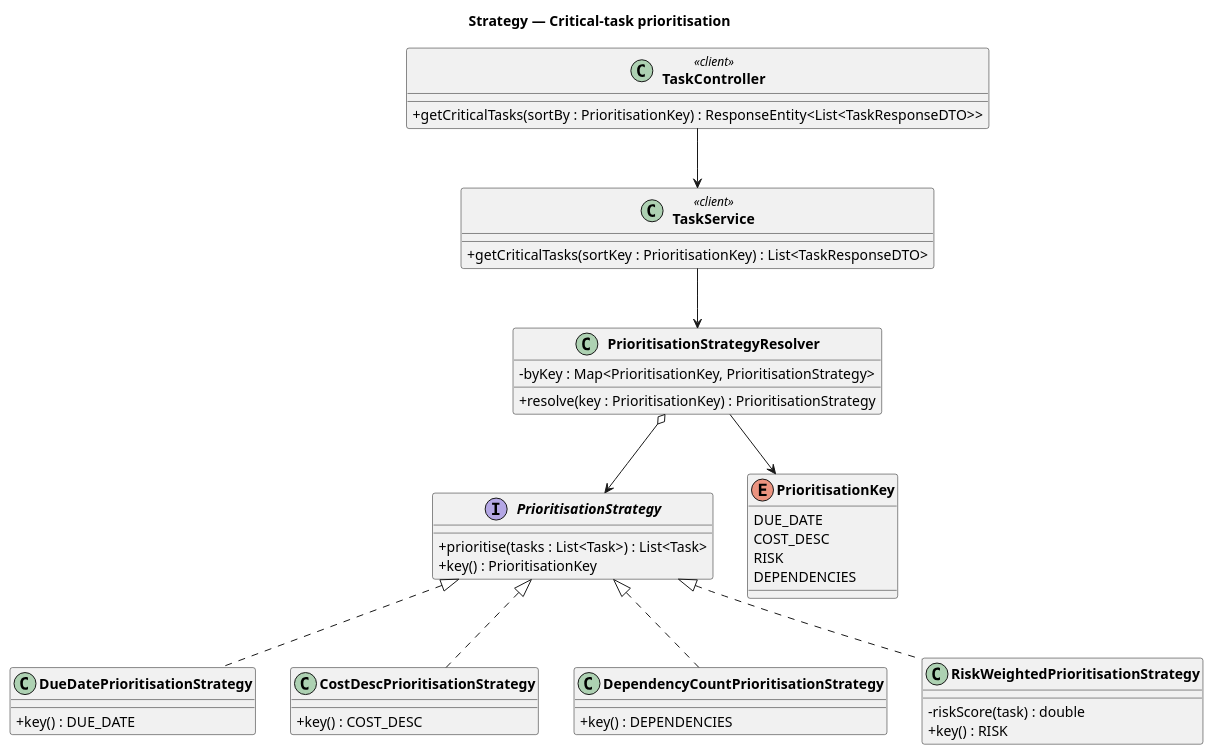
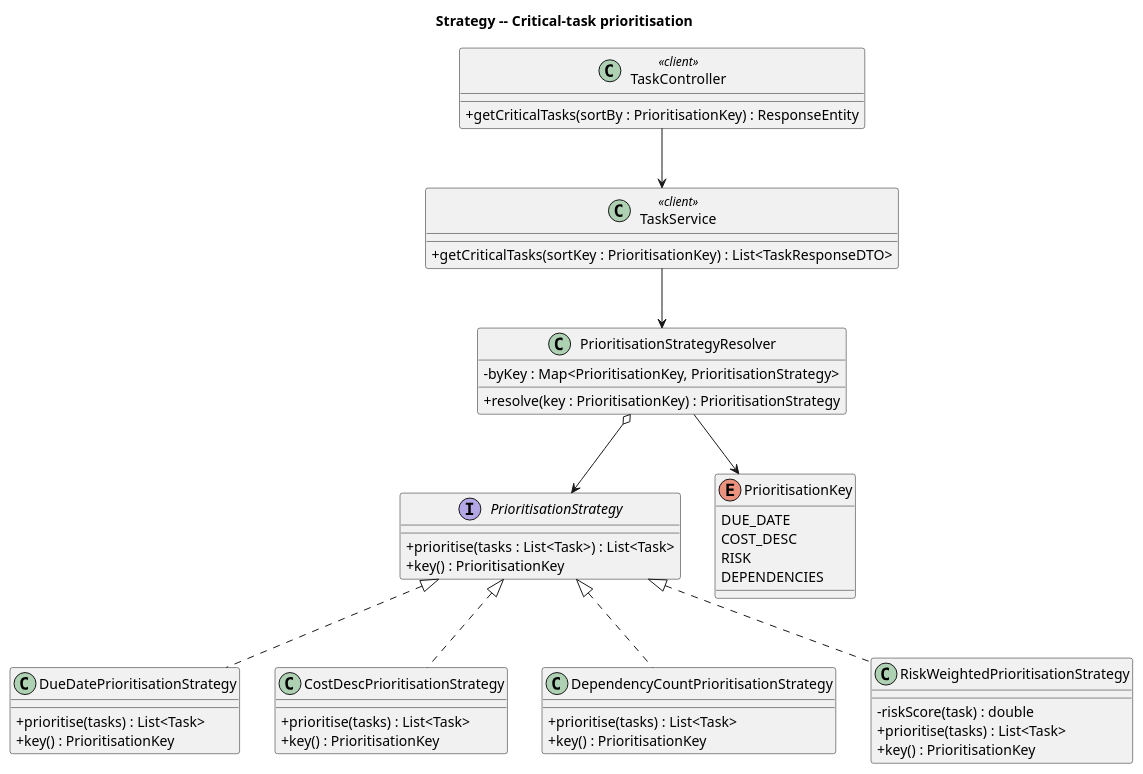
The diagram in docs/uml/06_strategy_prioritisation.puml (OmarTheGrey/Constructflow-Project-Management), drawn with PlantUML before and after one commit. The commit also changed 16 other files, not shown here.

First line of the commit message:
docs(uml): fix PlantUML syntax, add rendered diagrams, rewrite README

```diff
--- a/docs/uml/06_strategy_prioritisation.puml
+++ b/docs/uml/06_strategy_prioritisation.puml
@@ -1,57 +1,63 @@
 @startuml strategy_prioritisation
-title Strategy — Critical-task prioritisation
+title Strategy -- Critical-task prioritisation
 
 skinparam classAttributeIconSize 0
-skinparam classFontStyle bold
 skinparam backgroundColor white
 
 interface PrioritisationStrategy {
   + prioritise(tasks : List<Task>) : List<Task>
   + key() : PrioritisationKey
 }
 
 class DueDatePrioritisationStrategy {
-  + key() : DUE_DATE
+  + prioritise(tasks) : List<Task>
+  + key() : PrioritisationKey
 }
+
 class CostDescPrioritisationStrategy {
-  + key() : COST_DESC
+  + prioritise(tasks) : List<Task>
+  + key() : PrioritisationKey
 }
+
 class DependencyCountPrioritisationStrategy {
-  + key() : DEPENDENCIES
+  + prioritise(tasks) : List<Task>
+  + key() : PrioritisationKey
 }
+
 class RiskWeightedPrioritisationStrategy {
   - riskScore(task) : double
-  + key() : RISK
+  + prioritise(tasks) : List<Task>
+  + key() : PrioritisationKey
 }
 
 class PrioritisationStrategyResolver {
   - byKey : Map<PrioritisationKey, PrioritisationStrategy>
   + resolve(key : PrioritisationKey) : PrioritisationStrategy
 }
 
 class TaskService <<client>> {
   + getCriticalTasks(sortKey : PrioritisationKey) : List<TaskResponseDTO>
 }
 
 class TaskController <<client>> {
-  + getCriticalTasks(sortBy : PrioritisationKey) : ResponseEntity<List<TaskResponseDTO>>
+  + getCriticalTasks(sortBy : PrioritisationKey) : ResponseEntity
 }
 
 enum PrioritisationKey {
   DUE_DATE
   COST_DESC
   RISK
   DEPENDENCIES
 }
 
 PrioritisationStrategy <|.. DueDatePrioritisationStrategy
 PrioritisationStrategy <|.. CostDescPrioritisationStrategy
 PrioritisationStrategy <|.. DependencyCountPrioritisationStrategy
 PrioritisationStrategy <|.. RiskWeightedPrioritisationStrategy
 
 PrioritisationStrategyResolver o--> PrioritisationStrategy
 TaskController --> TaskService
 TaskService --> PrioritisationStrategyResolver
 PrioritisationStrategyResolver --> PrioritisationKey
 
 @enduml
```
